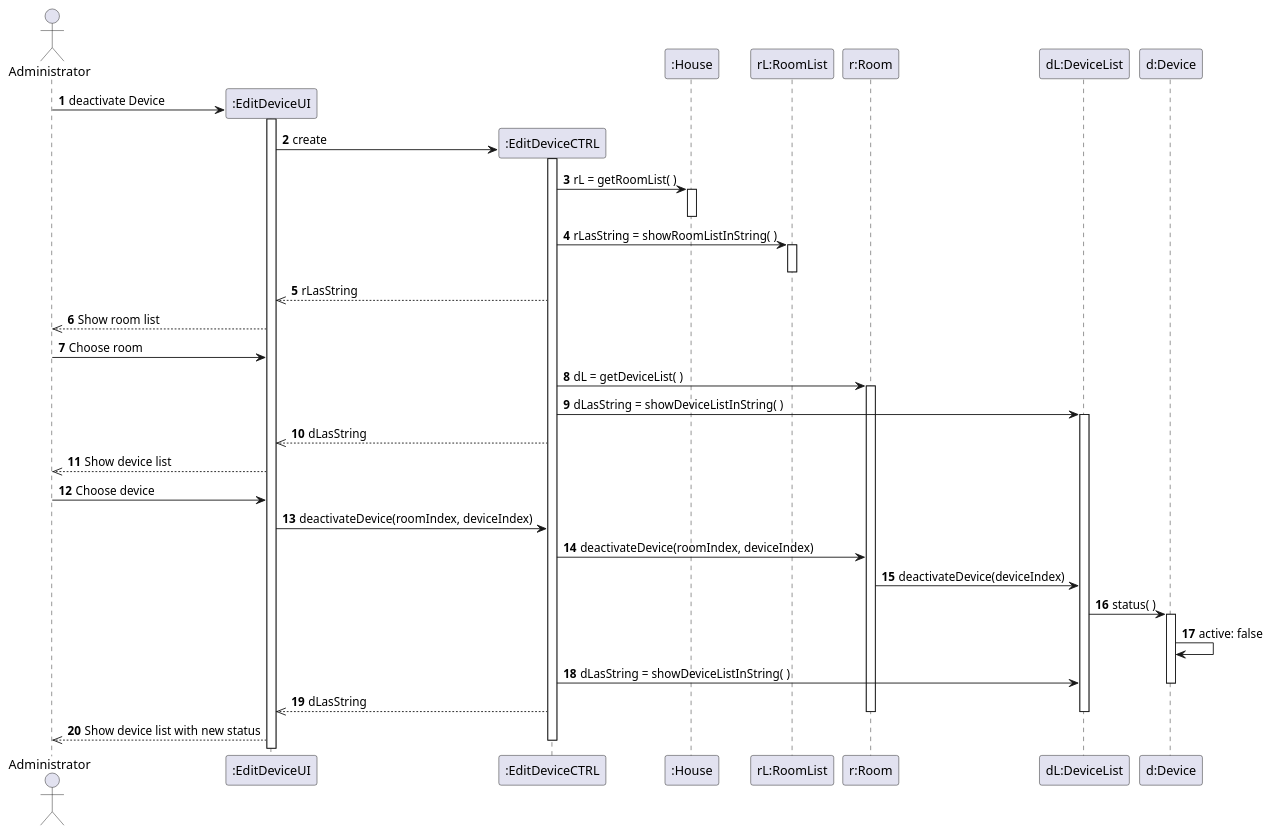
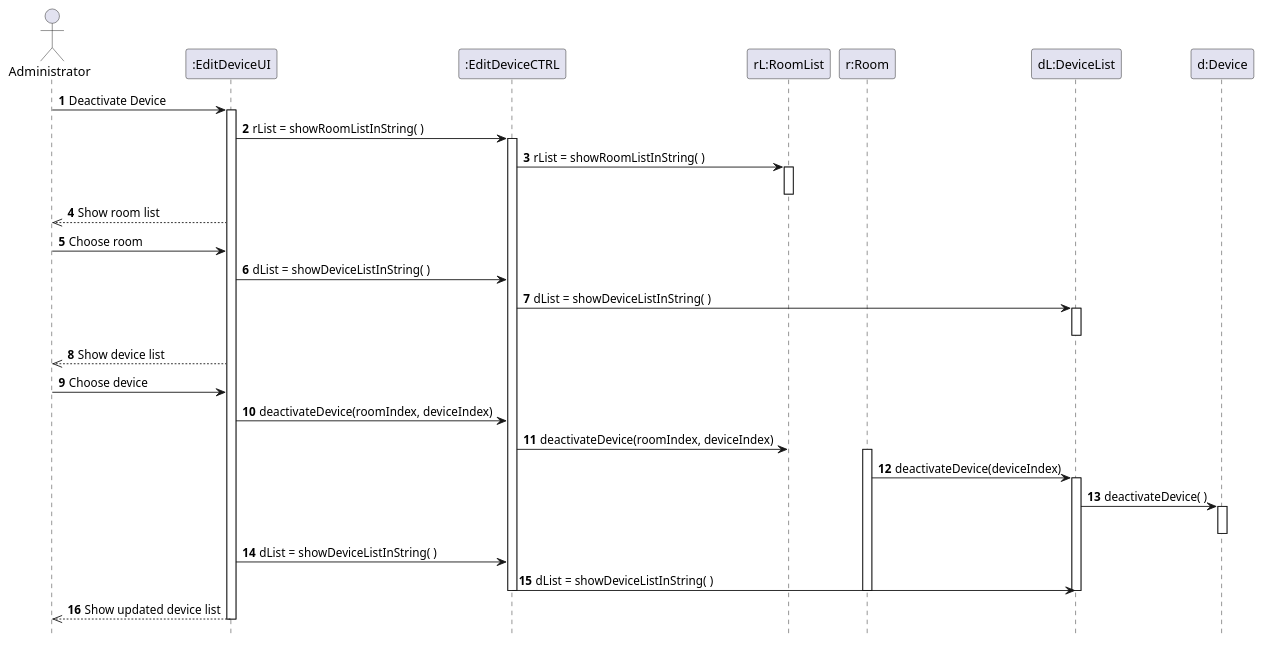
Before and after one commit to emanuel-pereira/hou: the diagram in src/main/java/smarthome/uml/sequencediagrams/DeactivateDeviceSequence.puml, drawn with PlantUML. The commit also changed 1 other file, not shown here.

Commit message:
Sequence Diagram updates for US220; US222;

```diff
--- a/src/main/java/smarthome/uml/sequencediagrams/DeactivateDeviceSequence.puml
+++ b/src/main/java/smarthome/uml/sequencediagrams/DeactivateDeviceSequence.puml
@@ -1,57 +1,49 @@
 @startuml
 autonumber
+hidefootbox
 
 actor Administrator
-participant ":House" order 4
-participant "rL:RoomList" order 5
-participant "r:Room" order 6
-participant "dL:DeviceList" order 7
-participant "d:Device" order 8
-create ":EditDeviceUI"
-Administrator -> ":EditDeviceUI": deactivate Device
+participant "rL:RoomList" order 4
+participant "r:Room" order 5
+participant "dL:DeviceList" order 6
+participant "d:Device" order 7
 
-create ":EditDeviceCTRL"
+Administrator -> ":EditDeviceUI": Deactivate Device
+
+
 activate ":EditDeviceUI"
-":EditDeviceUI" -> ":EditDeviceCTRL": create
+":EditDeviceUI" -> ":EditDeviceCTRL": rList = showRoomListInString( )
 
 activate ":EditDeviceCTRL"
-
-":EditDeviceCTRL" -> ":House": rL = getRoomList( )
-activate ":House"
-deactivate ":House"
-":EditDeviceCTRL" -> "rL:RoomList": rLasString = showRoomListInString( )
+":EditDeviceCTRL" -> "rL:RoomList": rList = showRoomListInString( )
 activate "rL:RoomList"
 deactivate "rL:RoomList"
-":EditDeviceCTRL" -->> ":EditDeviceUI": rLasString
-
 Administrator <<-- ":EditDeviceUI": Show room list
 
 Administrator -> ":EditDeviceUI": Choose room
-
-":EditDeviceCTRL" -> "r:Room": dL = getDeviceList( )
-activate "r:Room"
-":EditDeviceCTRL" -> "dL:DeviceList": dLasString = showDeviceListInString( )
+":EditDeviceUI" -> ":EditDeviceCTRL": dList = showDeviceListInString( )
+":EditDeviceCTRL" -> "dL:DeviceList": dList = showDeviceListInString( )
 activate "dL:DeviceList"
-":EditDeviceCTRL" -->>  ":EditDeviceUI": dLasString
-
+deactivate "dL:DeviceList"
 Administrator <<-- ":EditDeviceUI": Show device list
 
 Administrator -> ":EditDeviceUI": Choose device
 
 ":EditDeviceUI" -> ":EditDeviceCTRL": deactivateDevice(roomIndex, deviceIndex)
 
-":EditDeviceCTRL" -> "r:Room": deactivateDevice(roomIndex, deviceIndex)
-
+":EditDeviceCTRL" -> "rL:RoomList": deactivateDevice(roomIndex, deviceIndex)
+activate "r:Room"
 "r:Room" -> "dL:DeviceList": deactivateDevice(deviceIndex)
-
-"dL:DeviceList" -> "d:Device": status( )
+activate "dL:DeviceList"
+"dL:DeviceList" -> "d:Device": deactivateDevice( )
 activate "d:Device"
-"d:Device" -> "d:Device": active: false
-":EditDeviceCTRL" -> "dL:DeviceList": dLasString = showDeviceListInString( )
 deactivate "d:Device"
-":EditDeviceCTRL" -->>  ":EditDeviceUI": dLasString
+":EditDeviceUI" -> ":EditDeviceCTRL": dList = showDeviceListInString( )
+":EditDeviceCTRL" -> "dL:DeviceList": dList = showDeviceListInString( )
+deactivate "dL:DeviceList"
 deactivate "dL:DeviceList"
 deactivate "r:Room"
-Administrator <<-- ":EditDeviceUI": Show device list with new status
 deactivate ":EditDeviceCTRL"
+Administrator <<-- ":EditDeviceUI": Show updated device list
+deactivate ":EditDeviceUI"
 @enduml
```
